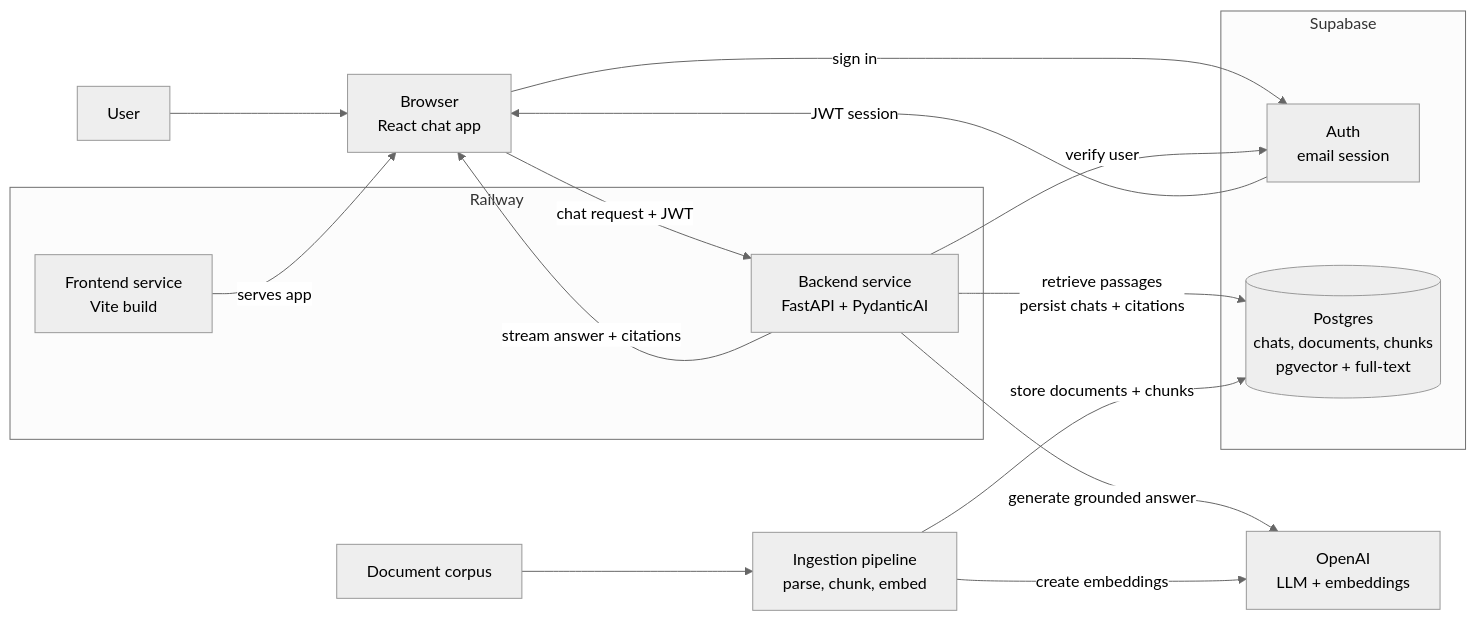
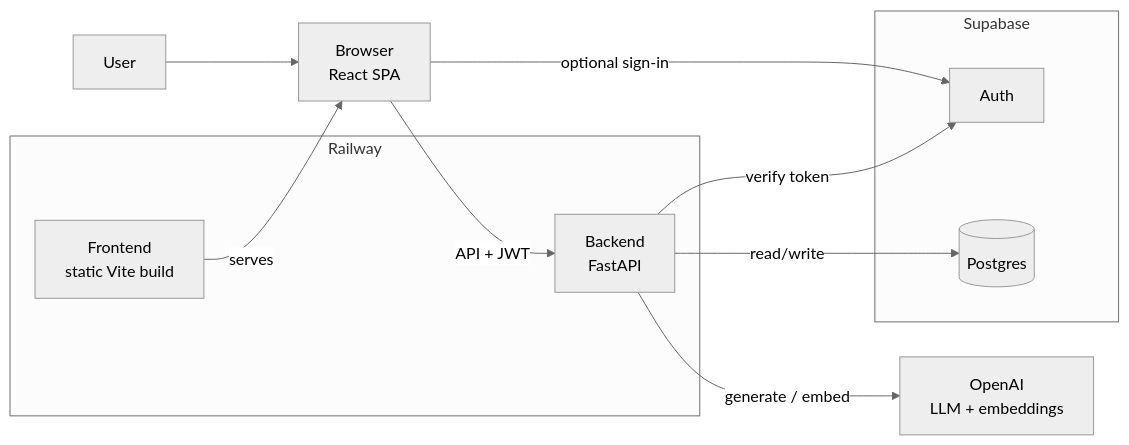
Before and after one commit to kajmund/ai-start: the diagram in docs/architecture.md, drawn with Mermaid (neutral theme). The commit also changed other lines of this file and 12 other files, not shown here.

````diff
--- a/docs/architecture.md
+++ b/docs/architecture.md
@@ -13,31 +18,23 @@
 ```mermaid
 flowchart LR
-    user[User] --> browser[Browser<br/>React chat app]
+    user[User] --> browser[Browser<br/>React SPA]
 
     subgraph railway[Railway]
-        frontend[Frontend service<br/>Vite build]
-        backend[Backend service<br/>FastAPI + PydanticAI]
+        frontend[Frontend<br/>static Vite build]
+        backend[Backend<br/>FastAPI]
     end
 
     subgraph supabase[Supabase]
-        auth[Auth<br/>email session]
-        db[(Postgres<br/>chats, documents, chunks<br/>pgvector + full-text)]
+        auth[Auth]
+        db[(Postgres)]
     end
 
     openai[OpenAI<br/>LLM + embeddings]
-    corpus[Document corpus]
-    ingestion[Ingestion pipeline<br/>parse, chunk, embed]
 
-    frontend -->|serves app| browser
-    browser -->|sign in| auth
-    auth -->|JWT session| browser
-    browser -->|chat request + JWT| backend
-    backend -->|verify user| auth
-    backend -->|retrieve passages<br/>persist chats + citations| db
-    backend -->|generate grounded answer| openai
-    backend -->|stream answer + citations| browser
-
-    corpus --> ingestion
-    ingestion -->|create embeddings| openai
-    ingestion -->|store documents + chunks| db
+    frontend -->|serves| browser
+    browser -->|optional sign-in| auth
+    browser -->|API + JWT| backend
+    backend -->|verify token| auth
+    backend -->|read/write| db
+    backend -->|generate / embed| openai
 ```
````
